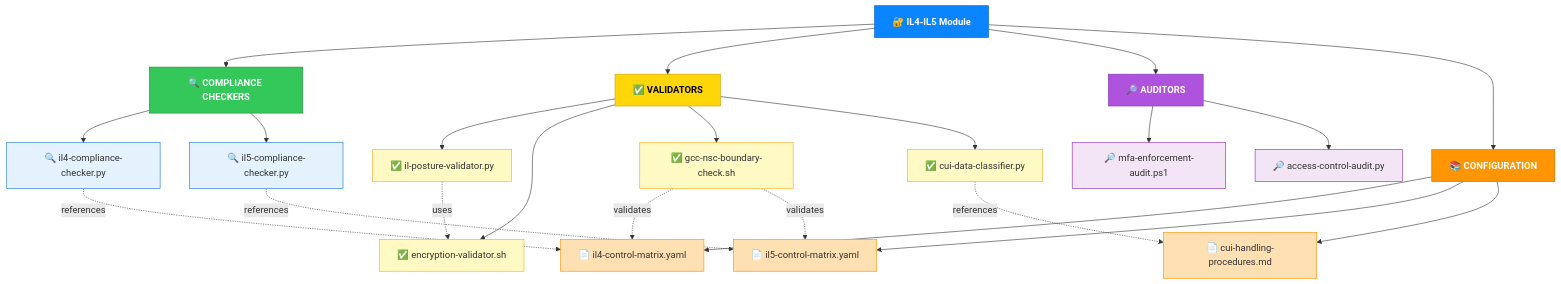
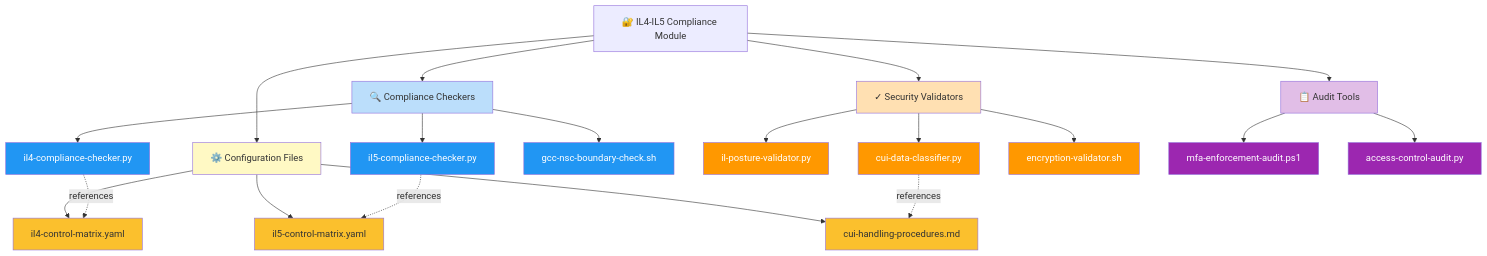
The first of 4 diagrams in security-compliance/fedramp/README.md (Suren-Jewels/Scripts-Toolkit), drawn with Mermaid before and after one commit. The commit also changed other lines of this file, not shown here.

````diff
--- a/security-compliance/fedramp/README.md
+++ b/security-compliance/fedramp/README.md
@@ -51,47 +48,48 @@
 ```mermaid
-flowchart TD
-    A[🔐 <strong>IL4-IL5 Module</strong>] --> B[🔍 <strong>COMPLIANCE CHECKERS</strong>]
-    A --> C[✅ <strong>VALIDATORS</strong>]
-    A --> D[🔎 <strong>AUDITORS</strong>]
-    A --> E[📚 <strong>CONFIGURATION</strong>]
+graph TD
+    Root[🔐 IL4-IL5 Compliance Module]
     
-    B --> B1[🔍 il4-compliance-checker.py]
-    B --> B2[🔍 il5-compliance-checker.py]
+    Root --> Checkers[🔍 Compliance Checkers]
+    Root --> Validators[✓ Security Validators]
+    Root --> Auditors[📋 Audit Tools]
+    Root --> Config[⚙️ Configuration Files]
     
-    C --> C1[✅ il-posture-validator.py]
-    C --> C2[✅ encryption-validator.sh]
-    C --> C3[✅ gcc-nsc-boundary-check.sh]
-    C --> C4[✅ cui-data-classifier.py]
+    Checkers --> C1[il4-compliance-checker.py]
+    Checkers --> C2[il5-compliance-checker.py]
+    Checkers --> C3[gcc-nsc-boundary-check.sh]
     
-    D --> D1[🔎 mfa-enforcement-audit.ps1]
-    D --> D2[🔎 access-control-audit.py]
+    Validators --> V1[il-posture-validator.py]
+    Validators --> V2[cui-data-classifier.py]
+    Validators --> V3[encryption-validator.sh]
     
-    E --> E1[📄 il4-control-matrix.yaml]
-    E --> E2[📄 il5-control-matrix.yaml]
-    E --> E3[📄 cui-handling-procedures.md]
+    Auditors --> A1[mfa-enforcement-audit.ps1]
+    Auditors --> A2[access-control-audit.py]
     
-    B1 -.->|references| E1
-    B2 -.->|references| E2
-    C4 -.->|references| E3
-    C1 -.->|uses| C2
-    C3 -.->|validates| E1
-    C3 -.->|validates| E2
+    Config --> CF1[il4-control-matrix.yaml]
+    Config --> CF2[il5-control-matrix.yaml]
+    Config --> CF3[cui-handling-procedures.md]
     
-    style A fill:#0A84FF,stroke:#005BBB,color:#fff
-    style B fill:#34C759,stroke:#248A3D,color:#fff
-    style C fill:#FFD60A,stroke:#C7A100,color:#000
-    style D fill:#AF52DE,stroke:#7D3BAB,color:#fff
-    style E fill:#FF9500,stroke:#C76800,color:#fff
+    C1 -.references.-> CF1
+    C2 -.references.-> CF2
+    V2 -.references.-> CF3
     
-    style B1 fill:#E3F2FD,stroke:#1976D2
-    style B2 fill:#E3F2FD,stroke:#1976D2
-    style C1 fill:#FFF9C4,stroke:#F9A825
-    style C2 fill:#FFF9C4,stroke:#F9A825
-    style C3 fill:#FFF9C4,stroke:#F9A825
-    style C4 fill:#FFF9C4,stroke:#F9A825
-    style D1 fill:#F3E5F5,stroke:#8E24AA
-    style D2 fill:#F3E5F5,stroke:#8E24AA
-    style E1 fill:#FFE0B2,stroke:#FB8C00
-    style E2 fill:#FFE0B2,stroke:#FB8C00
-    style E3 fill:#FFE0B2,stroke:#FB8C00
+    style Checkers fill:#BBDEFB
+    style Validators fill:#FFE0B2
+    style Auditors fill:#E1BEE7
+    style Config fill:#FFF9C4
+    
+    style C1 fill:#2196F3,color:#fff
+    style C2 fill:#2196F3,color:#fff
+    style C3 fill:#2196F3,color:#fff
+    
+    style V1 fill:#FF9800,color:#fff
+    style V2 fill:#FF9800,color:#fff
+    style V3 fill:#FF9800,color:#fff
+    
+    style A1 fill:#9C27B0,color:#fff
+    style A2 fill:#9C27B0,color:#fff
+    
+    style CF1 fill:#FBC02D
+    style CF2 fill:#FBC02D
+    style CF3 fill:#FBC02D
 ```
````
